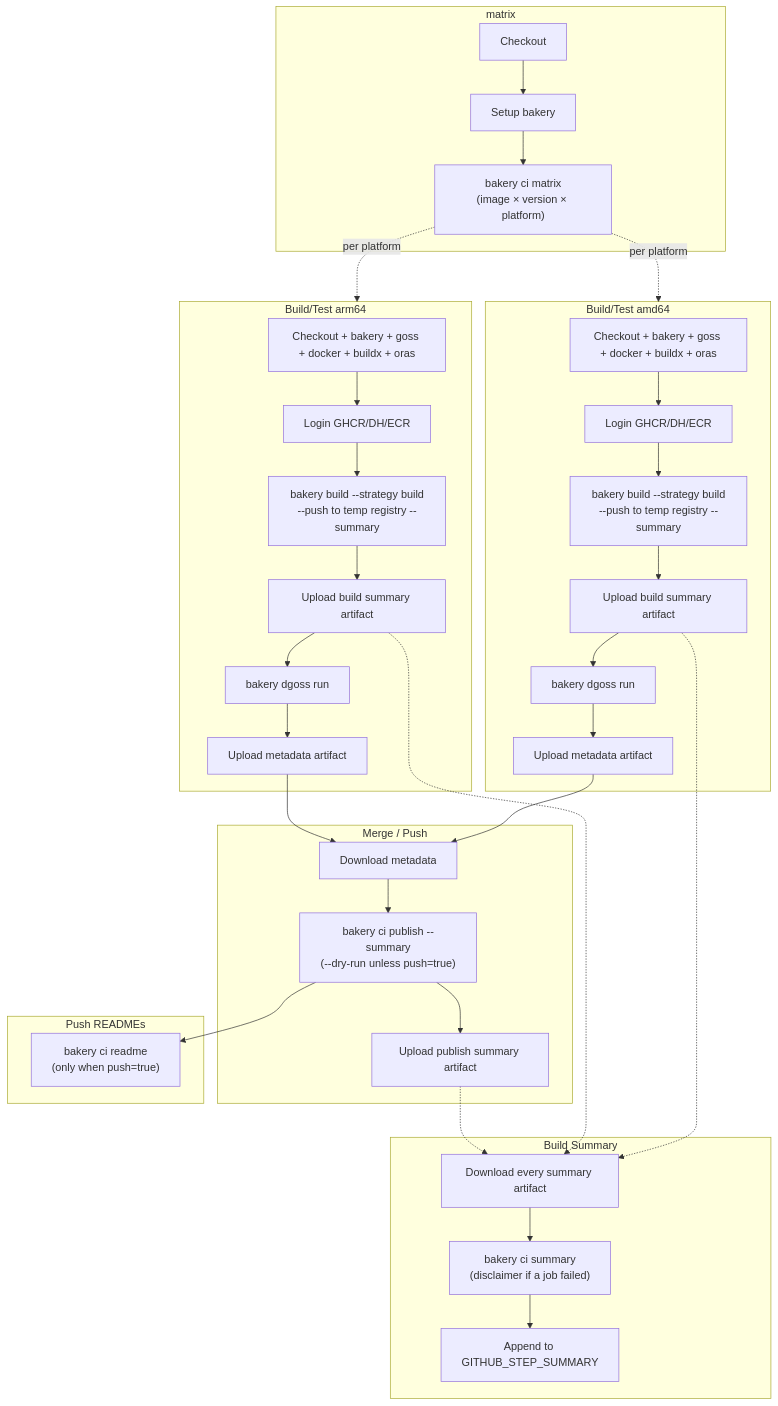
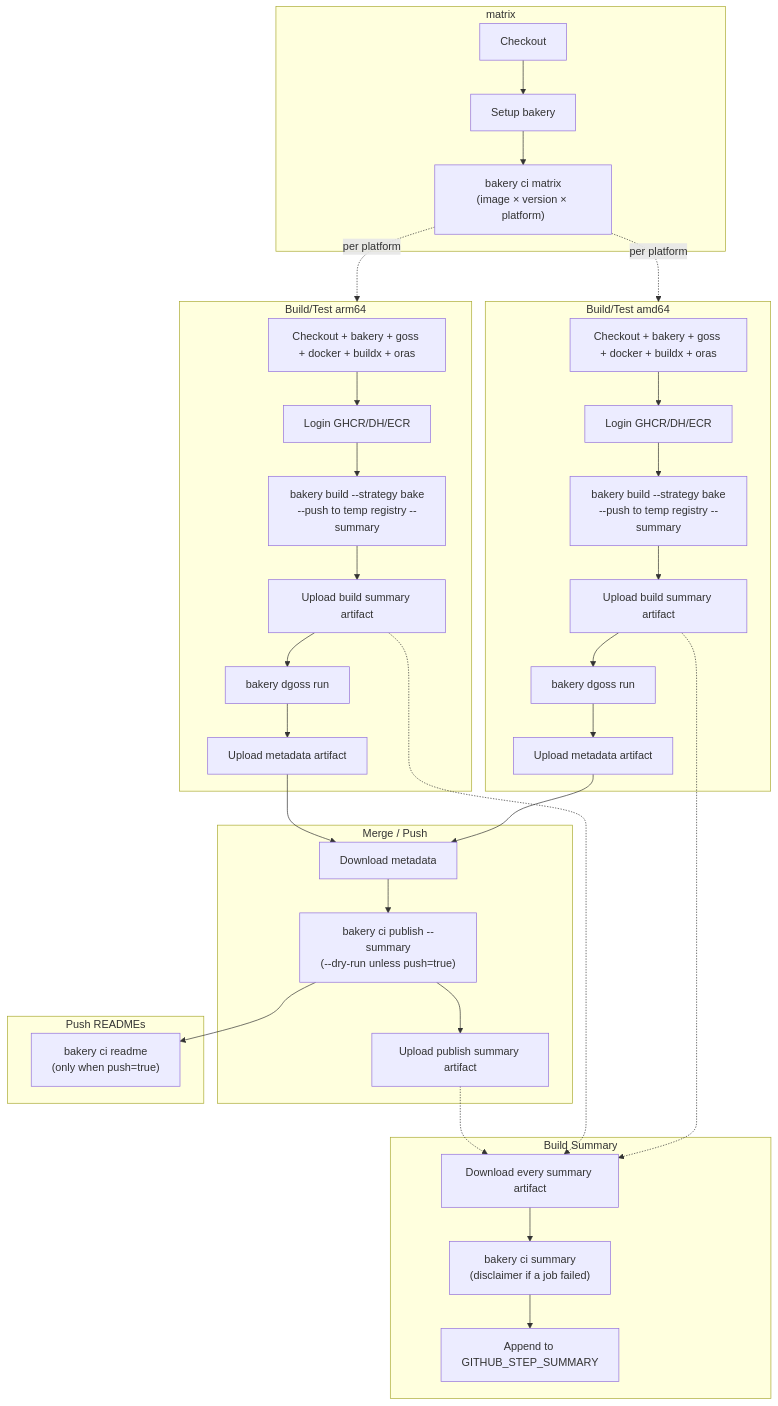
Before and after one commit to posit-dev/images-shared: the first of 2 diagrams in CI.md, drawn with Mermaid. The commit also changed 2 other files, not shown here.

Commit message:
ci: switch native builds to bake strategy

````diff
--- a/CI.md
+++ b/CI.md
@@ -141,40 +141,40 @@
 ```mermaid
 flowchart TD
     subgraph matrix
         m_checkout[Checkout] --> m_bakery[Setup bakery]
         m_bakery --> m_matrix["bakery ci matrix<br/>(image × version × platform)"]
     end
     subgraph build_amd64[Build/Test amd64]
         a_setup[Checkout + bakery + goss + docker + buildx + oras] --> a_login[Login GHCR/DH/ECR]
-        a_login --> a_build["bakery build --strategy build<br/>--push to temp registry --summary"]
+        a_login --> a_build["bakery build --strategy bake<br/>--push to temp registry --summary"]
         a_build --> a_sum[Upload build summary artifact]
         a_sum --> a_test["bakery dgoss run"]
         a_test --> a_meta[Upload metadata artifact]
     end
     subgraph build_arm64[Build/Test arm64]
         r_setup[Checkout + bakery + goss + docker + buildx + oras] --> r_login[Login GHCR/DH/ECR]
-        r_login --> r_build["bakery build --strategy build<br/>--push to temp registry --summary"]
+        r_login --> r_build["bakery build --strategy bake<br/>--push to temp registry --summary"]
         r_build --> r_sum[Upload build summary artifact]
         r_sum --> r_test["bakery dgoss run"]
         r_test --> r_meta[Upload metadata artifact]
     end
     subgraph merge[Merge / Push]
         m_dl[Download metadata] --> m_merge["bakery ci publish --summary<br/>(--dry-run unless push=true)"]
         m_merge --> m_pubsum[Upload publish summary artifact]
     end
     subgraph readme[Push READMEs]
         r_run["bakery ci readme<br/>(only when push=true)"]
     end
     subgraph summary[Build Summary]
         s_dl[Download every summary artifact] --> s_render["bakery ci summary<br/>(disclaimer if a job failed)"]
         s_render --> s_post[Append to GITHUB_STEP_SUMMARY]
     end
     m_matrix -.->|"per platform"| build_amd64
     m_matrix -.->|"per platform"| build_arm64
     a_meta --> m_dl
     r_meta --> m_dl
     m_merge --> r_run
     a_sum -.-> s_dl
     r_sum -.-> s_dl
     m_pubsum -.-> s_dl
 ```
````
